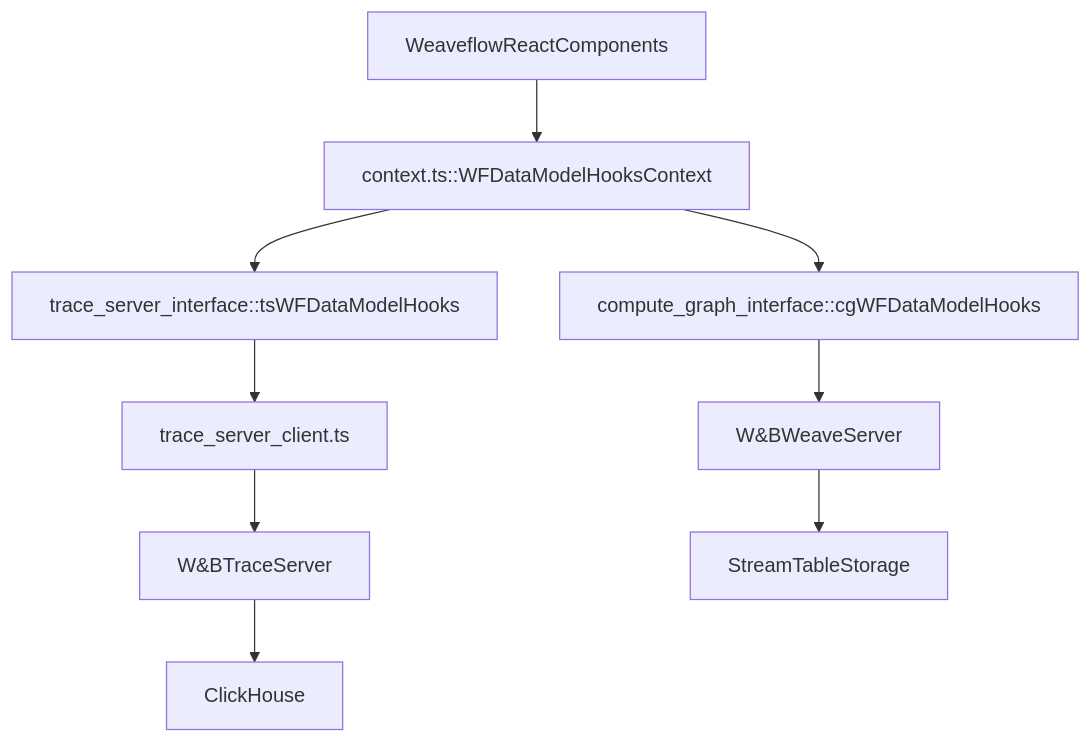
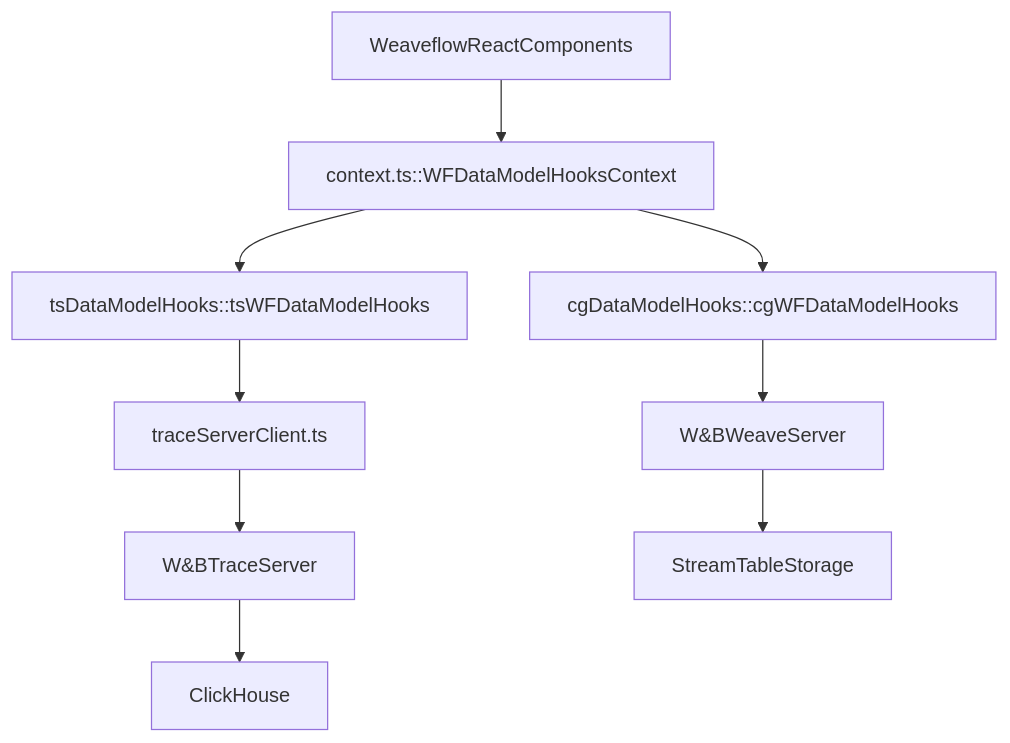
The second of 3 diagrams in weave-js/src/components/PagePanelComponents/Home/Browse3/pages/wfReactInterface/README.md (wandb/weave), drawn with Mermaid before and after one commit. The commit also changed other lines of this file and 30 other files, not shown here.

First line of the commit message:
chore(weave): Make Trace Server connection configurable (#1257)

````diff
--- a/weave-js/src/components/PagePanelComponents/Home/Browse3/pages/wfReactInterface/README.md
+++ b/weave-js/src/components/PagePanelComponents/Home/Browse3/pages/wfReactInterface/README.md
@@ -16,6 +16,6 @@
 ```mermaid
 flowchart TD
     WeaveflowReactComponents --> context.ts::WFDataModelHooksContext
-    context.ts::WFDataModelHooksContext --> trace_server_interface::tsWFDataModelHooks --> trace_server_client.ts --> W&BTraceServer --> ClickHouse
-    context.ts::WFDataModelHooksContext --> compute_graph_interface::cgWFDataModelHooks --> W&BWeaveServer --> StreamTableStorage
+    context.ts::WFDataModelHooksContext --> tsDataModelHooks::tsWFDataModelHooks --> traceServerClient.ts --> W&BTraceServer --> ClickHouse
+    context.ts::WFDataModelHooksContext --> cgDataModelHooks::cgWFDataModelHooks --> W&BWeaveServer --> StreamTableStorage
 ```
````
